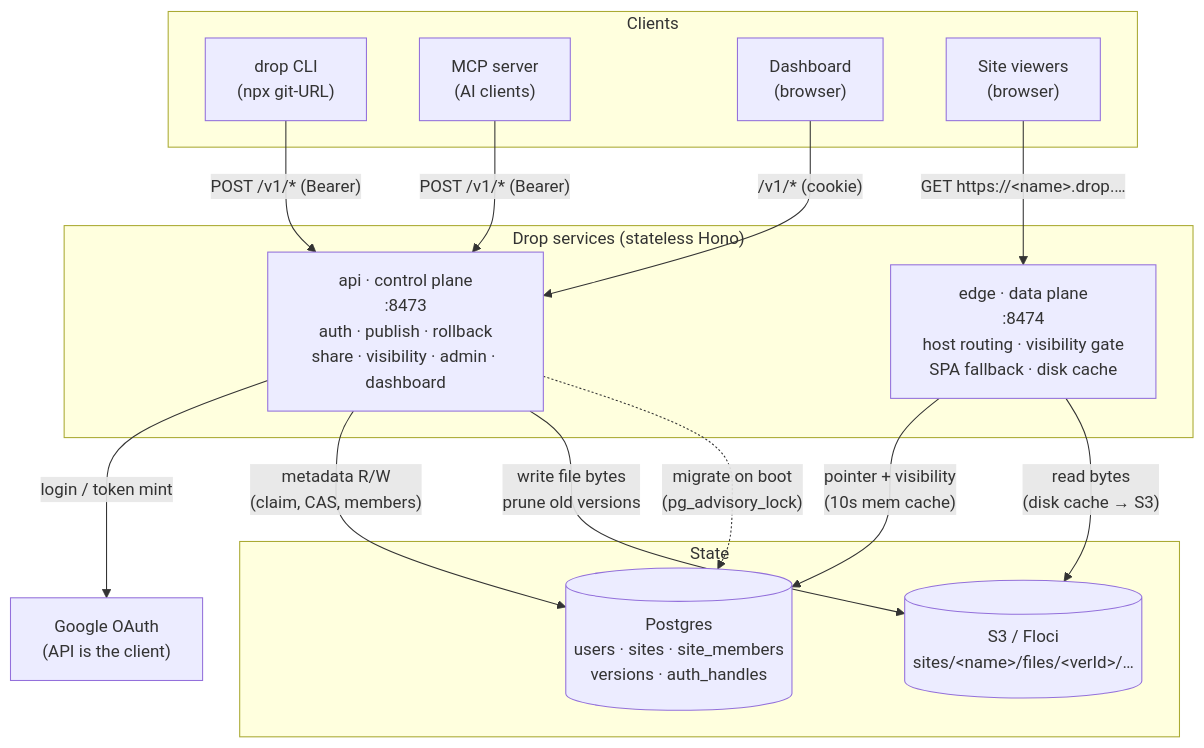
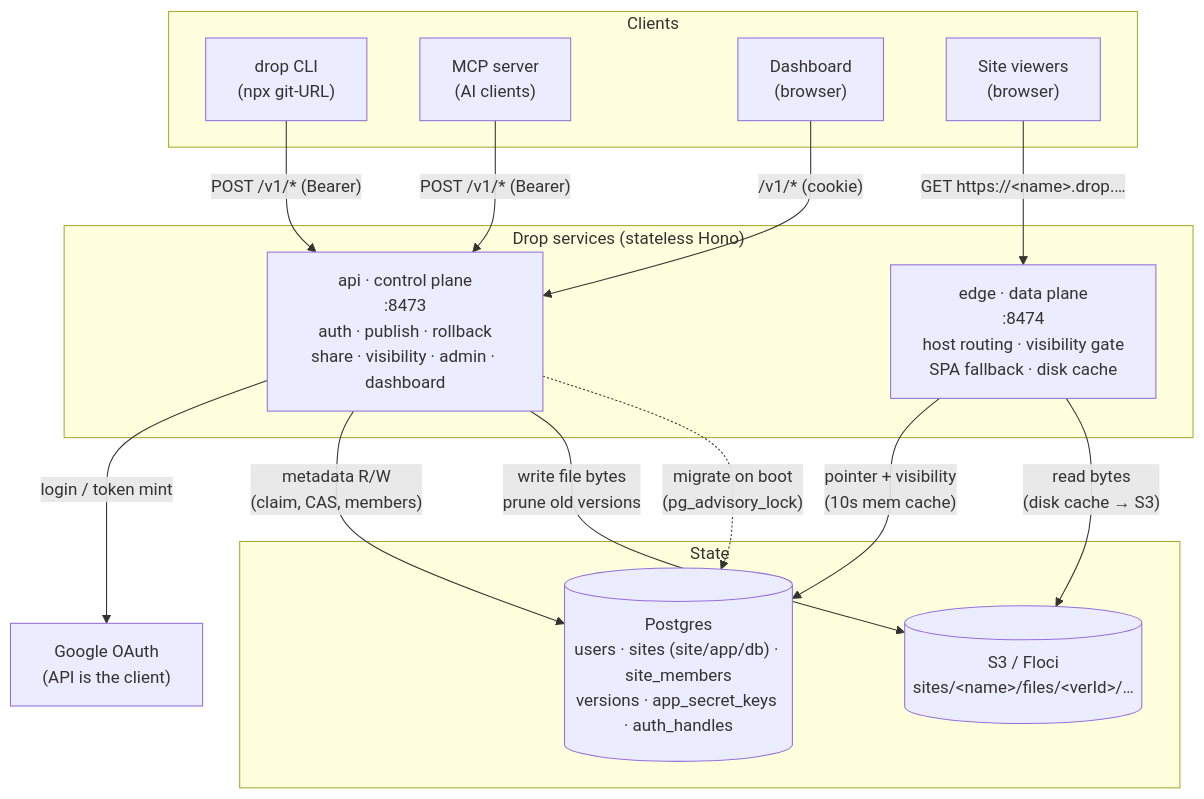
One commit to abhirathore2006/drop changed the first of 7 diagrams in docs/ARCHITECTURE.md. Above: the diagram before and after it, drawn with Mermaid. The commit also changed other lines of this file and 4 other files, not shown here.

````diff
--- a/docs/ARCHITECTURE.md
+++ b/docs/ARCHITECTURE.md
@@ -25,34 +25,34 @@
 ```mermaid
 flowchart TB
     subgraph clients["Clients"]
         cli["drop CLI<br/>(npx git-URL)"]
         mcp["MCP server<br/>(AI clients)"]
         dash["Dashboard<br/>(browser)"]
         viewer["Site viewers<br/>(browser)"]
     end
 
     subgraph drop["Drop services (stateless Hono)"]
         api["api · control plane<br/>:8473<br/>auth · publish · rollback<br/>share · visibility · admin · dashboard"]
         edge["edge · data plane<br/>:8474<br/>host routing · visibility gate<br/>SPA fallback · disk cache"]
     end
 
     subgraph stores["State"]
-        pg[("Postgres<br/>users · sites · site_members<br/>versions · auth_handles")]
+        pg[("Postgres<br/>users · sites (site/app/db) · site_members<br/>versions · app_secret_keys · auth_handles")]
         s3[("S3 / Floci<br/>sites/&lt;name&gt;/files/&lt;verId&gt;/…")]
     end
 
     google["Google OAuth<br/>(API is the client)"]
 
     cli -->|"POST /v1/* (Bearer)"| api
     mcp -->|"POST /v1/* (Bearer)"| api
     dash -->|"/v1/* (cookie)"| api
     viewer -->|"GET https://&lt;name&gt;.drop.…"| edge
 
     api -->|"login / token mint"| google
     api -->|"metadata R/W<br/>(claim, CAS, members)"| pg
     api -->|"write file bytes<br/>prune old versions"| s3
     api -.->|"migrate on boot<br/>(pg_advisory_lock)"| pg
 
     edge -->|"pointer + visibility<br/>(10s mem cache)"| pg
     edge -->|"read bytes<br/>(disk cache → S3)"| s3
 ```
````
